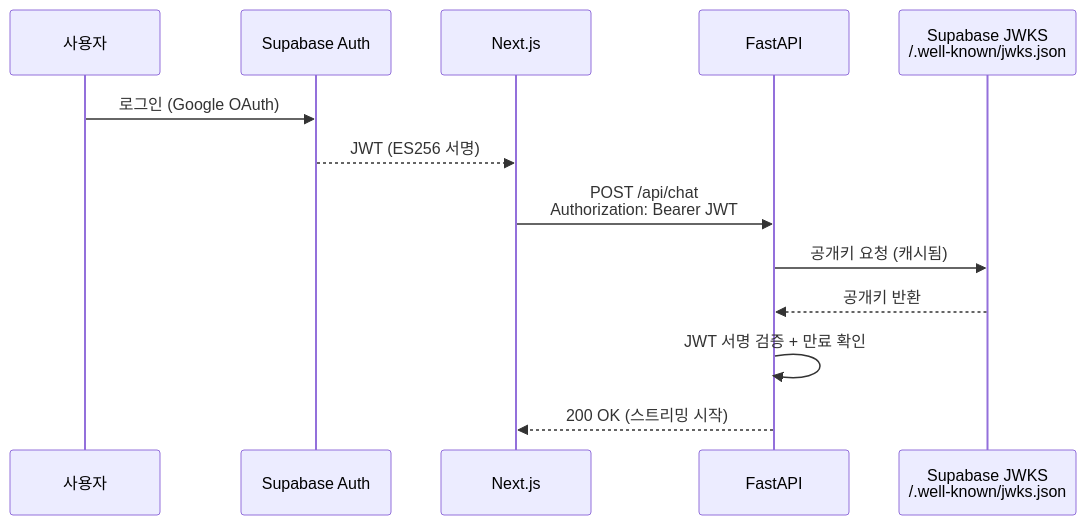
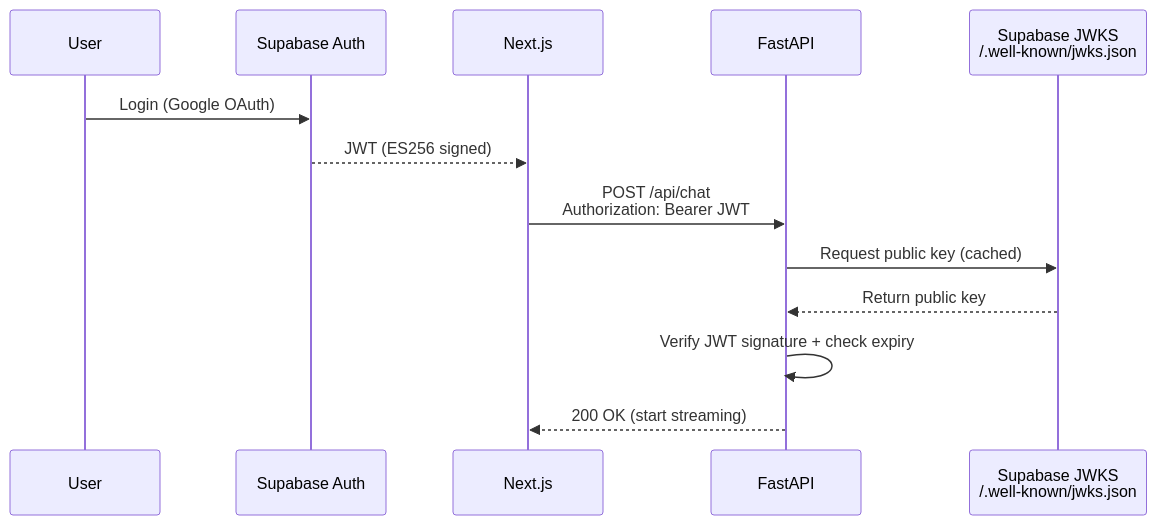
The fifth of 5 diagrams in blog/src/content/learnings/2026-02-27-ai-pipeline-patterns-lingua-rag.md (JayKim88/AI-LEARNING-NOTE), drawn with Mermaid before and after one commit. The commit also changed other lines of this file, not shown here.

First line of the commit message:
fix(blog/content): translate Mermaid diagram labels to English in ai-pipeline-patterns

````diff
--- a/blog/src/content/learnings/2026-02-27-ai-pipeline-patterns-lingua-rag.md
+++ b/blog/src/content/learnings/2026-02-27-ai-pipeline-patterns-lingua-rag.md
@@ -169,16 +169,16 @@
 ```mermaid
 sequenceDiagram
-    participant U as 사용자
+    participant U as User
     participant SB as Supabase Auth
     participant FE as Next.js
     participant BE as FastAPI
     participant JWKS as Supabase JWKS<br/>/.well-known/jwks.json
 
-    U->>SB: 로그인 (Google OAuth)
-    SB-->>FE: JWT (ES256 서명)
+    U->>SB: Login (Google OAuth)
+    SB-->>FE: JWT (ES256 signed)
     FE->>BE: POST /api/chat<br/>Authorization: Bearer JWT
-    BE->>JWKS: 공개키 요청 (캐시됨)
-    JWKS-->>BE: 공개키 반환
-    BE->>BE: JWT 서명 검증 + 만료 확인
-    BE-->>FE: 200 OK (스트리밍 시작)
+    BE->>JWKS: Request public key (cached)
+    JWKS-->>BE: Return public key
+    BE->>BE: Verify JWT signature + check expiry
+    BE-->>FE: 200 OK (start streaming)
 ```
````
